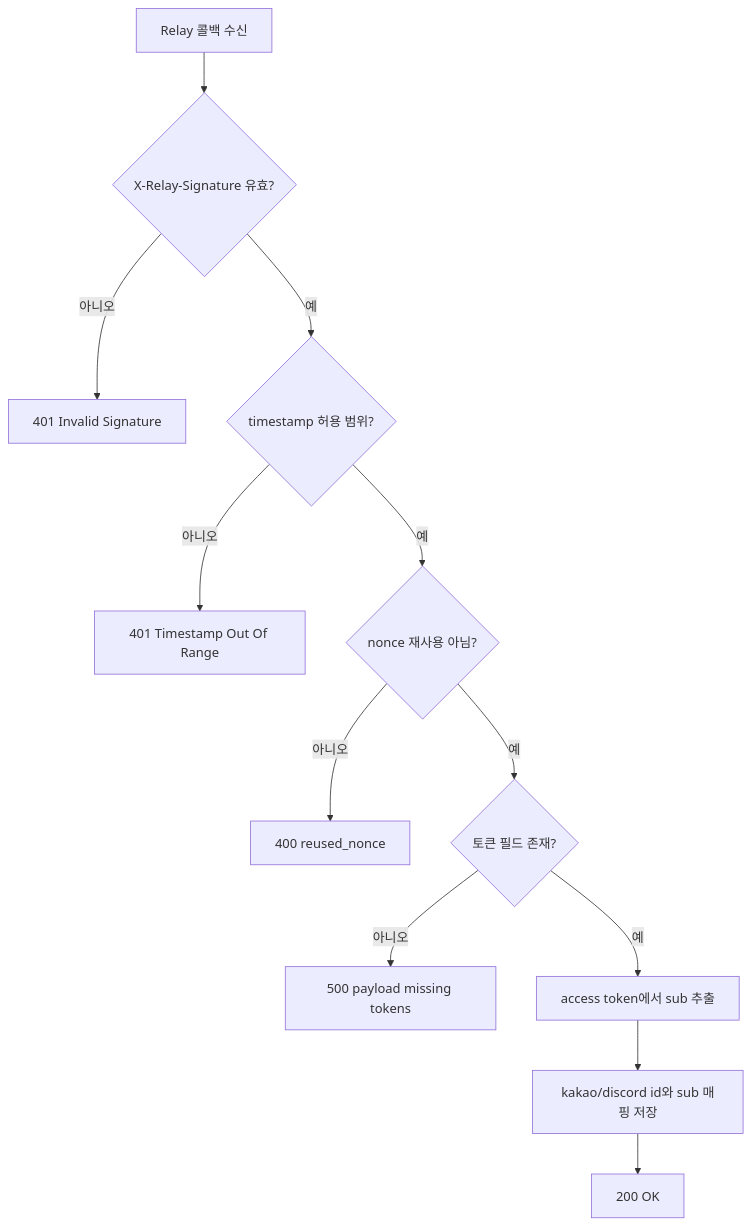
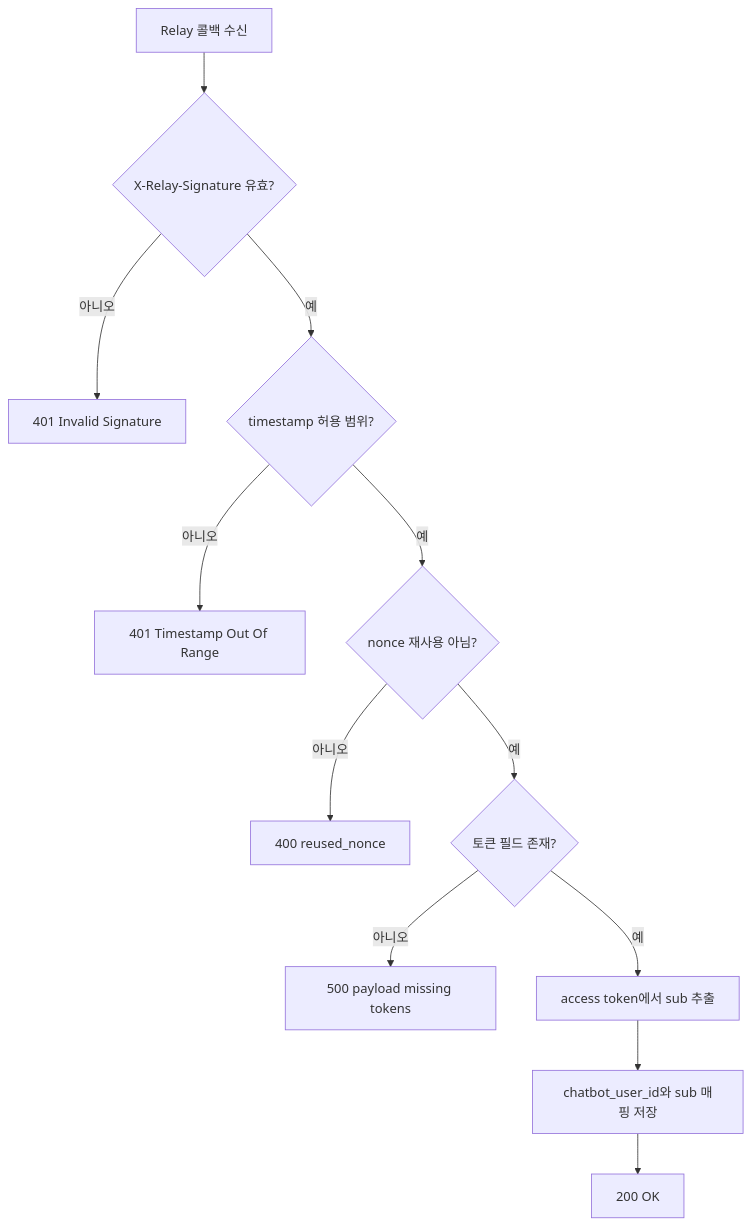
The second of 3 diagrams in docs/auth-chatbot-auth-relay.md (teamSANDOL/tuk_sandol_team), drawn with Mermaid before and after one commit. The commit also changed other lines of this file and 2 other files, not shown here.

````diff
--- a/docs/auth-chatbot-auth-relay.md
+++ b/docs/auth-chatbot-auth-relay.md
@@ -132,14 +137,14 @@
 ```mermaid
 flowchart TD
     A[Relay 콜백 수신] --> B{X-Relay-Signature 유효?}
     B -- 아니오 --> E1[401 Invalid Signature]
     B -- 예 --> C{timestamp 허용 범위?}
     C -- 아니오 --> E2[401 Timestamp Out Of Range]
     C -- 예 --> D{nonce 재사용 아님?}
     D -- 아니오 --> E3[400 reused_nonce]
     D -- 예 --> F{토큰 필드 존재?}
     F -- 아니오 --> E4[500 payload missing tokens]
     F -- 예 --> G[access token에서 sub 추출]
-    G --> H[kakao/discord id와 sub 매핑 저장]
+    G --> H[chatbot_user_id와 sub 매핑 저장]
     H --> OK[200 OK]
 ```
````
